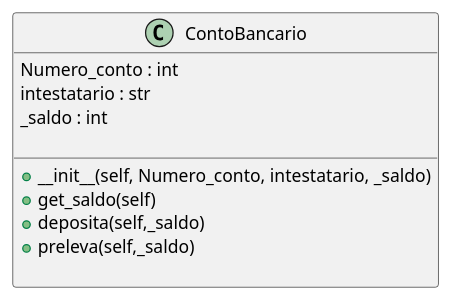
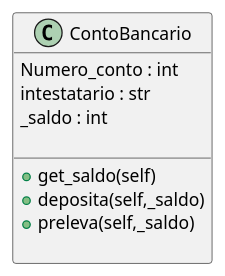
One commit to AlessandroSanchi/4mAAAA changed the diagram in pumlpuml/2.puml. Above: the diagram before and after it, drawn with PlantUML. The commit also changed 5 other files, not shown here.

```diff
--- a/pumlpuml/2.puml
+++ b/pumlpuml/2.puml
@@ -1,15 +1,14 @@
 @startuml a
 
 class ContoBancario {
     Numero_conto : int
     intestatario : str
     _saldo : int
 
     __
-    +__init__(self, Numero_conto, intestatario, _saldo)
     +get_saldo(self)
     +deposita(self,_saldo)
     +preleva(self,_saldo)
 
 }
 @enduml
```
